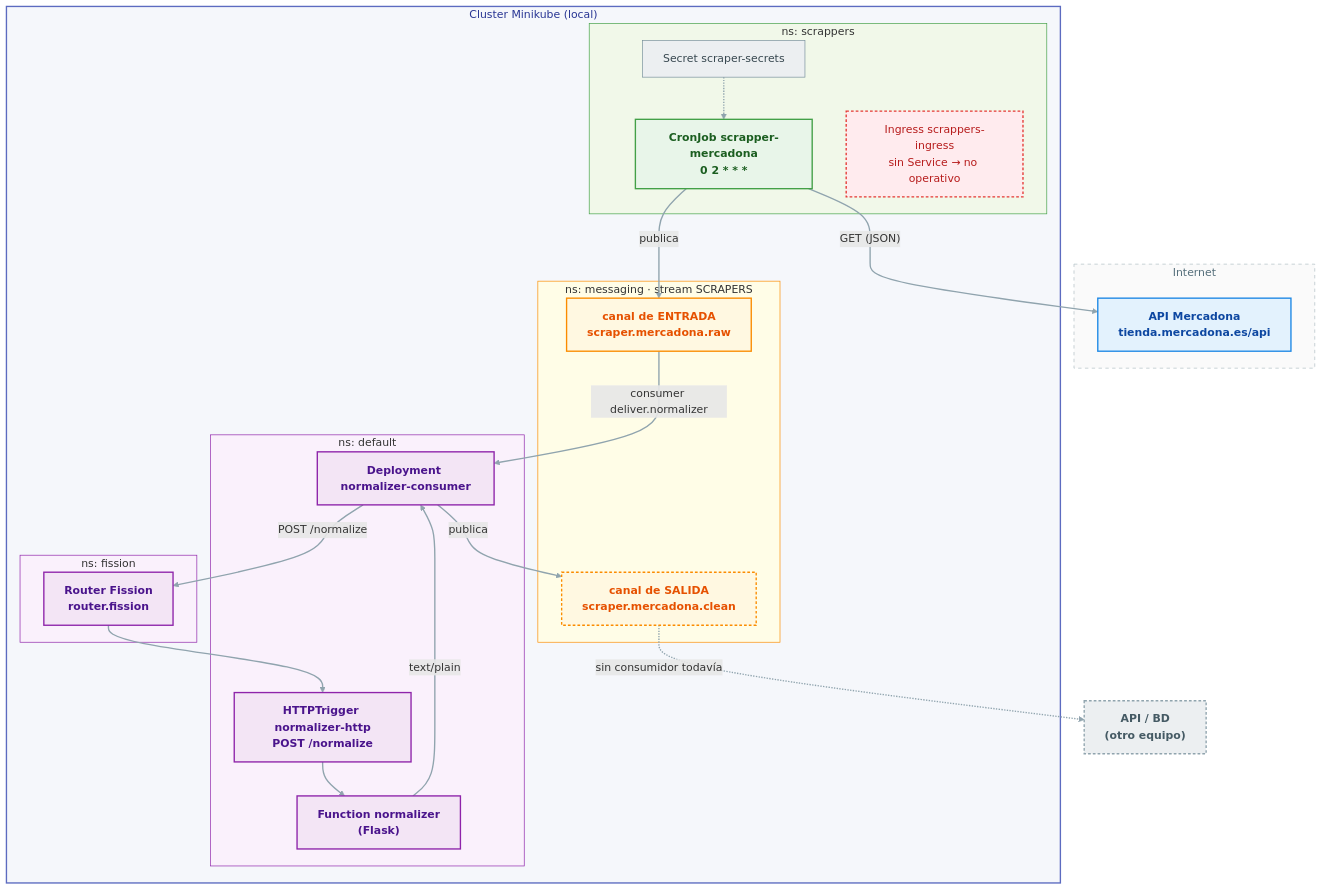
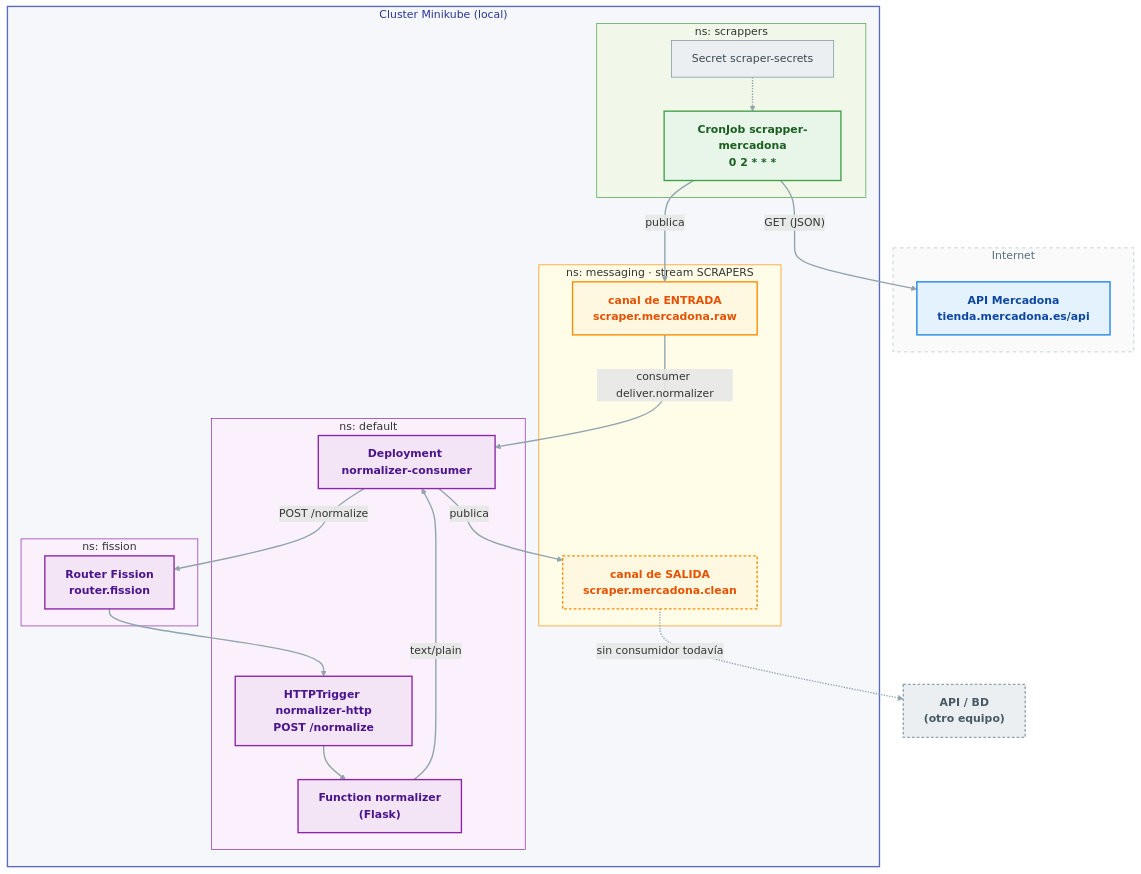
Before and after one commit to TheMinimalOwl/PTI-Q26-27-TARDOR: the second of 2 diagrams in flujo-entrada/docs/01-arquitectura.md, drawn with Mermaid. The commit also changed other lines of this file and 3 other files, not shown here.

First line of the commit message:
Docs: retirar el Ingress sin uso y limpiar sus referencias

````diff
--- a/flujo-entrada/docs/01-arquitectura.md
+++ b/flujo-entrada/docs/01-arquitectura.md
@@ -53,68 +53,65 @@
 ```mermaid
 flowchart TB
   subgraph ext["Internet"]
     MD["API Mercadona<br/>tienda.mercadona.es/api"]
   end
 
   subgraph k8s["Cluster Minikube (local)"]
     subgraph nsScr["ns: scrappers"]
       CJMD["CronJob scrapper-mercadona<br/>0 2 * * *"]
       SEC["Secret scraper-secrets"]
-      ING["Ingress scrappers-ingress<br/>sin Service → no operativo"]
     end
 
     subgraph nsMsg["ns: messaging · stream SCRAPERS"]
       RAW["canal de ENTRADA<br/>scraper.mercadona.raw"]
       CLEAN["canal de SALIDA<br/>scraper.mercadona.clean"]
     end
 
     subgraph nsFis["ns: fission"]
       ROUTER["Router Fission<br/>router.fission"]
     end
 
     subgraph nsDef["ns: default"]
       TRIG["HTTPTrigger normalizer-http<br/>POST /normalize"]
       FN["Function normalizer<br/>(Flask)"]
       CONS["Deployment normalizer-consumer"]
     end
   end
 
   XBD["API / BD<br/>(otro equipo)"]
 
   CJMD -->|"GET (JSON)"| MD
   SEC -.-> CJMD
   CJMD -->|"publica"| RAW
   RAW -->|"consumer deliver.normalizer"| CONS
   CONS -->|"POST /normalize"| ROUTER
   ROUTER --> TRIG
   TRIG --> FN
   FN -->|"text/plain"| CONS
   CONS -->|"publica"| CLEAN
   CLEAN -.->|"sin consumidor todavía"| XBD
 
   classDef cExt fill:#e3f2fd,stroke:#1e88e5,stroke-width:2px,color:#0d47a1,font-weight:bold
   classDef cScraper fill:#e8f5e9,stroke:#43a047,stroke-width:2px,color:#1b5e20,font-weight:bold
   classDef cNats fill:#fff8e1,stroke:#fb8c00,stroke-width:2px,color:#e65100,font-weight:bold
   classDef cNatsHueco fill:#fff8e1,stroke:#fb8c00,stroke-width:2px,stroke-dasharray:4 3,color:#e65100,font-weight:bold
   classDef cFission fill:#f3e5f5,stroke:#8e24aa,stroke-width:2px,color:#4a148c,font-weight:bold
   classDef cPending fill:#eceff1,stroke:#90a4ae,stroke-width:2px,stroke-dasharray:4 3,color:#455a64,font-weight:bold
   classDef cSecret fill:#eceff1,stroke:#78909c,color:#37474f
-  classDef cBlocked fill:#ffebee,stroke:#e53935,stroke-width:2px,stroke-dasharray:4 3,color:#b71c1c
 
   class MD cExt
   class CJMD cScraper
   class SEC cSecret
-  class ING cBlocked
   class RAW cNats
   class CLEAN cNatsHueco
   class ROUTER,TRIG,FN,CONS cFission
   class XBD cPending
 
   style ext fill:#fafafa,stroke:#b0bec5,stroke-dasharray:5 5,color:#546e7a
   style k8s fill:#f5f7fb,stroke:#5c6bc0,stroke-width:2px,color:#283593
   style nsScr fill:#f1f8e9,stroke:#43a047
   style nsMsg fill:#fffde7,stroke:#fb8c00
   style nsFis fill:#faf1fc,stroke:#8e24aa
   style nsDef fill:#faf1fc,stroke:#8e24aa
   linkStyle default stroke:#90a4ae,stroke-width:2px
 ```
````
